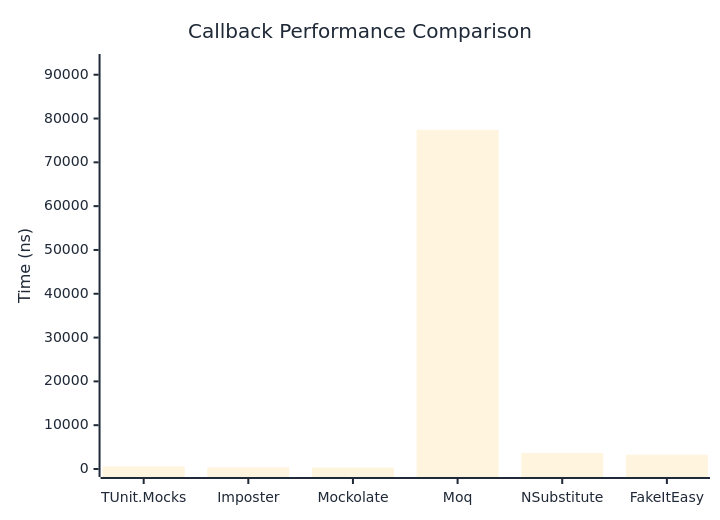
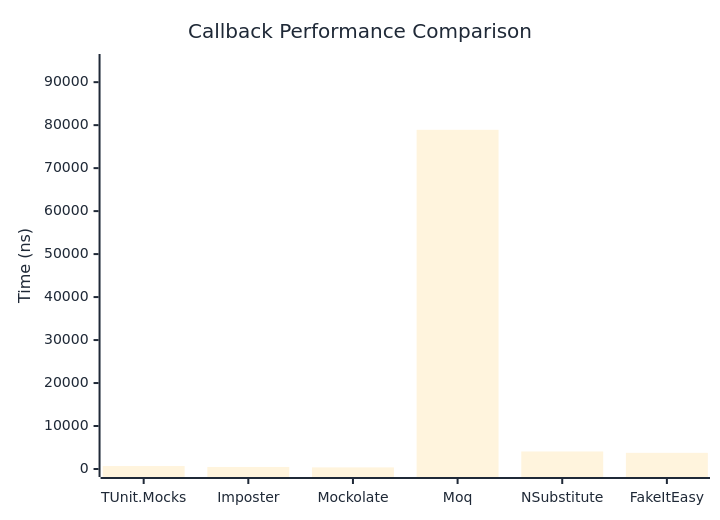
Before and after one commit to thomhurst/TUnit: the first of 2 diagrams in docs/docs/benchmarks/mocks/Callback.md, drawn with Mermaid. The commit also changed other lines of this file and 14 other files, not shown here.

````diff
--- a/docs/docs/benchmarks/mocks/Callback.md
+++ b/docs/docs/benchmarks/mocks/Callback.md
@@ -30,27 +30,27 @@
 ```mermaid
 %%{init: {
   'theme':'base',
   'themeVariables': {
     'primaryColor': '#2563eb',
     'primaryTextColor': '#1f2937',
     'primaryBorderColor': '#1e40af',
     'lineColor': '#6b7280',
     'secondaryColor': '#7c3aed',
     'tertiaryColor': '#dc2626',
     'background': '#ffffff',
     'pie1': '#2563eb',
     'pie2': '#7c3aed',
     'pie3': '#dc2626',
     'pie4': '#f59e0b',
     'pie5': '#10b981',
     'pie6': '#06b6d4',
     'pie7': '#ec4899',
     'pie8': '#6366f1'
   }
 }}%%
 xychart-beta
   title "Callback Performance Comparison"
   x-axis ["TUnit.Mocks", "Imposter", "Mockolate", "Moq", "NSubstitute", "FakeItEasy"]
-  y-axis "Time (ns)" 0 --> 92905
-  bar [579.7, 387.4, 312.9, 77420.8, 3670.7, 3257.2]
+  y-axis "Time (ns)" 0 --> 94692
+  bar [687.2, 472.5, 376.6, 78909.9, 4077.9, 3760.4]
 ```
````
